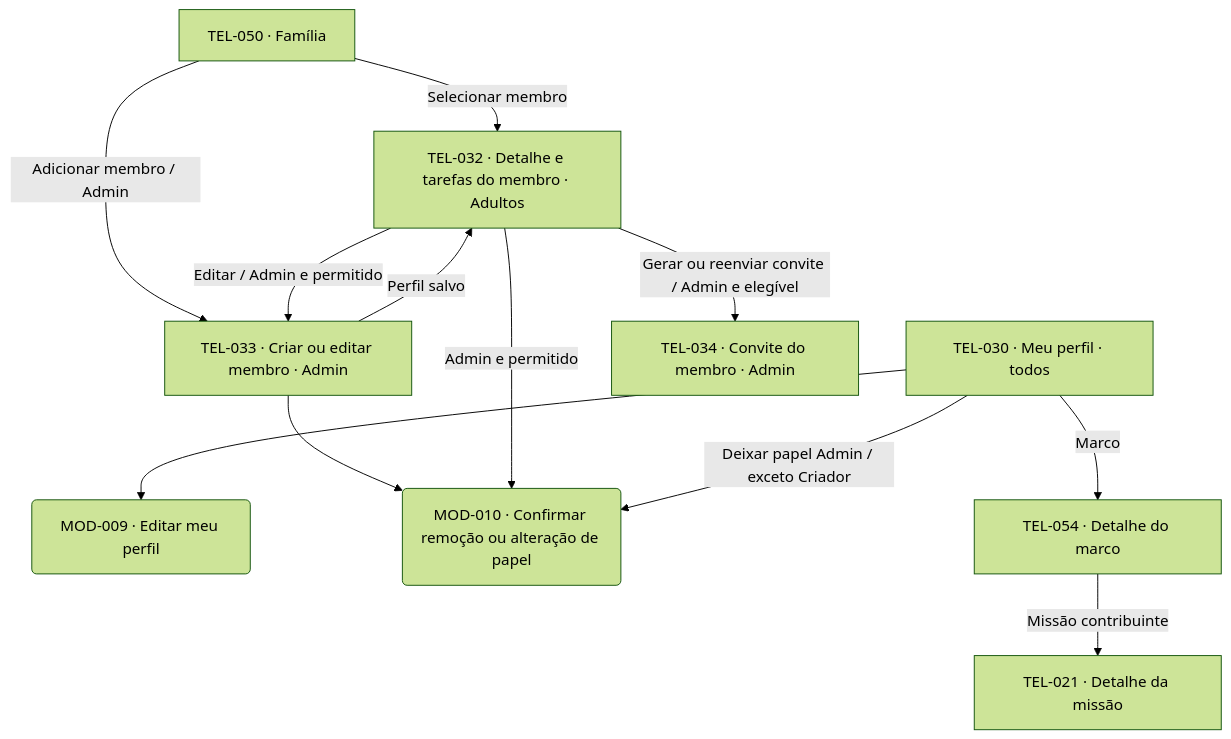
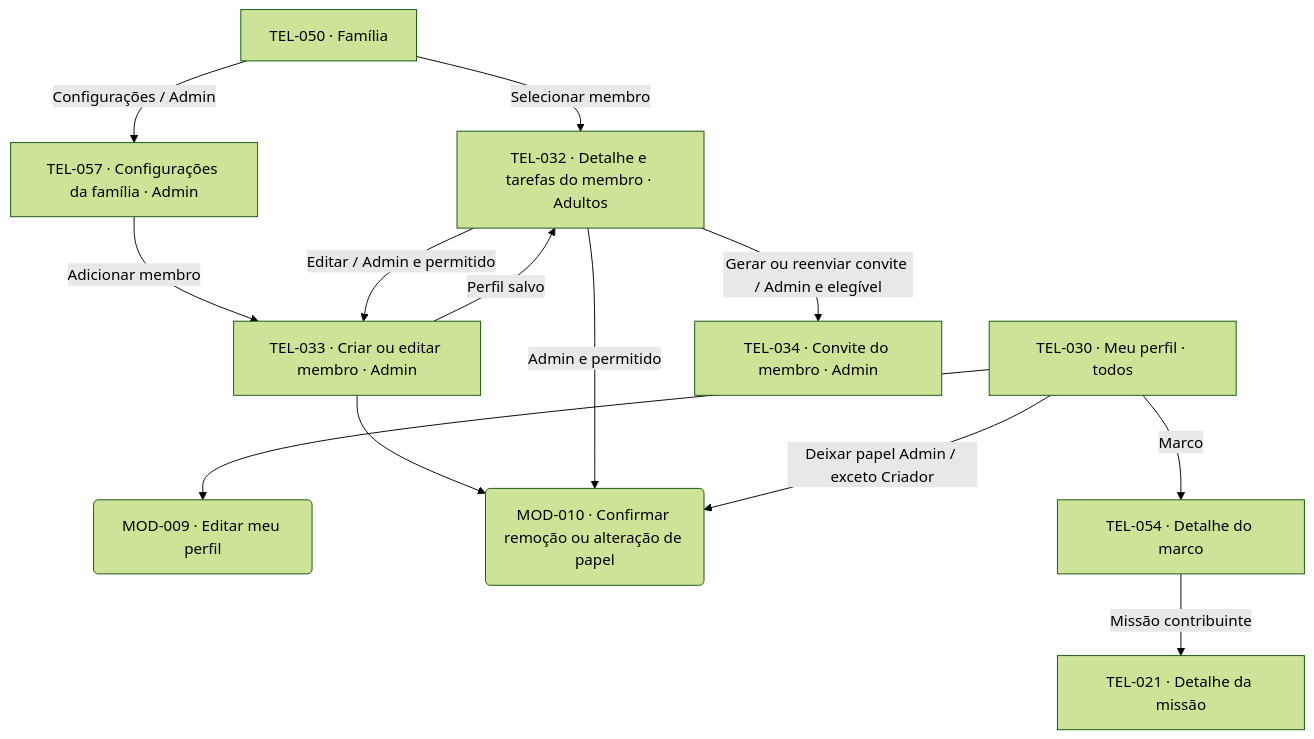
The fourth of 6 diagrams in docs/design/screen-map.md (lizandramalta/App-Rotina-Familiar), drawn with Mermaid (forest theme) before and after one commit. The commit also changed other lines of this file and 94 other files, not shown here.

````diff
--- a/docs/design/screen-map.md
+++ b/docs/design/screen-map.md
@@ -159,21 +160,23 @@
 ```mermaid
 flowchart TD
     T050["TEL-050 · Família"]
+    T057["TEL-057 · Configurações da família · Admin"]
     T030["TEL-030 · Meu perfil · todos"]
     T032["TEL-032 · Detalhe e tarefas do membro · Adultos"]
     T033["TEL-033 · Criar ou editar membro · Admin"]
     T034["TEL-034 · Convite do membro · Admin"]
     M009("MOD-009 · Editar meu perfil")
     M010("MOD-010 · Confirmar remoção ou alteração de papel")
     T030 --> M009
     T030 -->|Marco| T054["TEL-054 · Detalhe do marco"]
     T054 -->|Missão contribuinte| T021["TEL-021 · Detalhe da missão"]
     T050 -->|Selecionar membro| T032
-    T050 -->|Adicionar membro / Admin| T033
+    T050 -->|Configurações / Admin| T057
+    T057 -->|Adicionar membro| T033
     T033 -->|Perfil salvo| T032
     T032 -->|Editar / Admin e permitido| T033
     T033 --> M010
     T032 -->|Gerar ou reenviar convite / Admin e elegível| T034
     T032 -->|Admin e permitido| M010
     T030 -->|Deixar papel Admin / exceto Criador| M010
 ```
````
